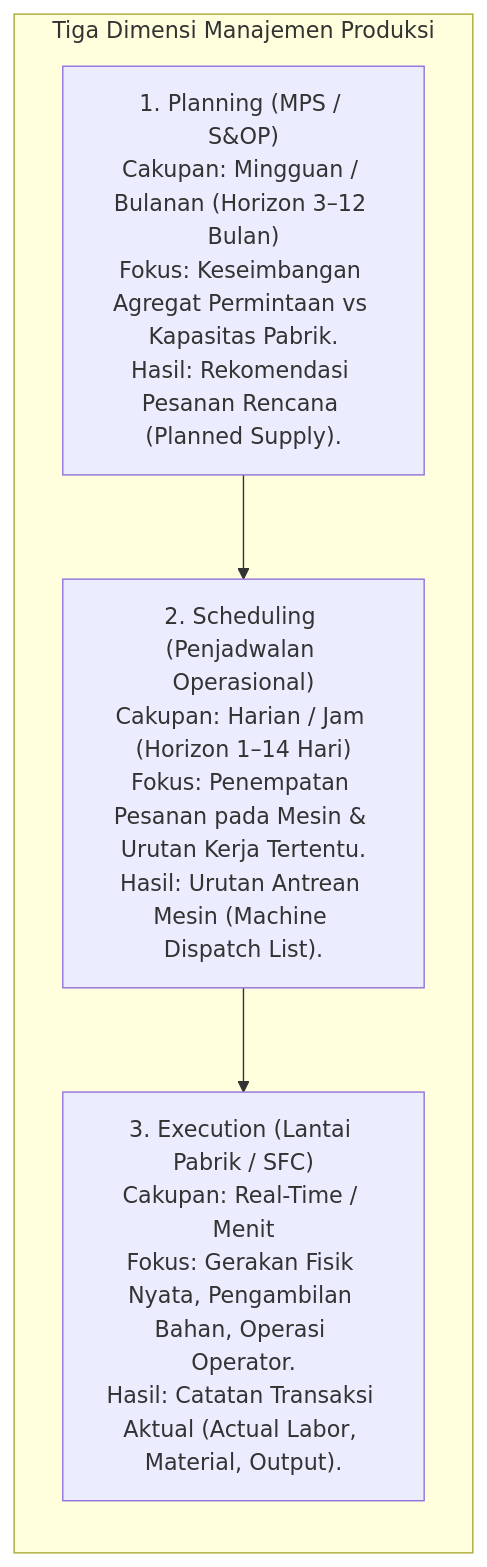
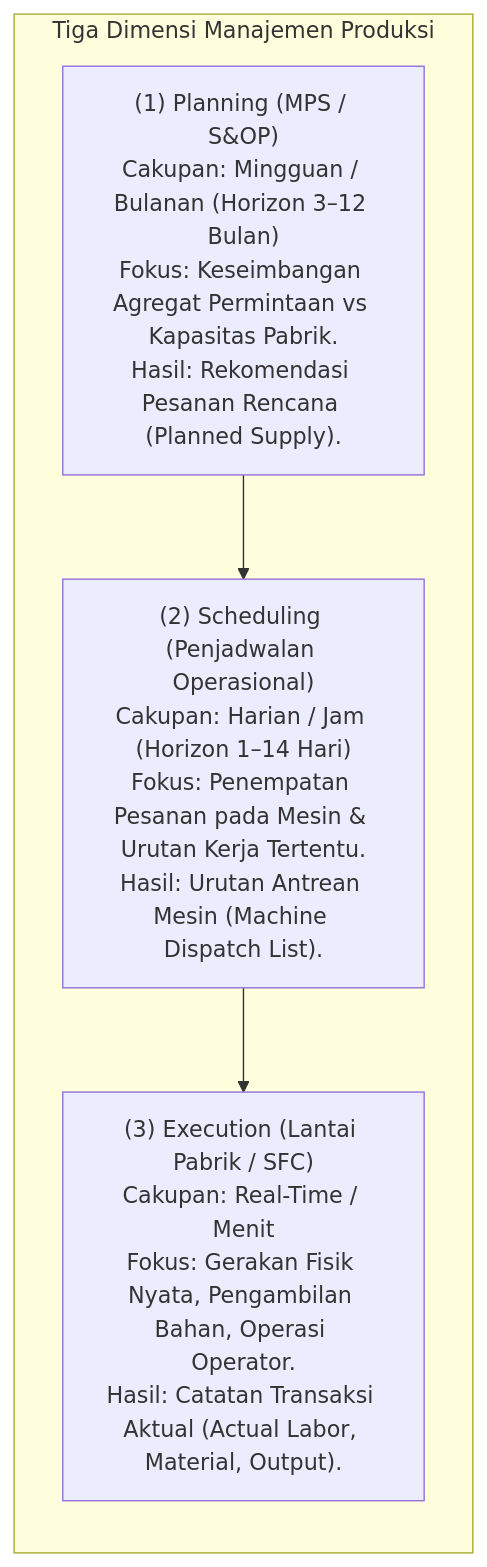
Before and after one commit to alimurrofid/erp-notes: the first of 3 diagrams in content/06-manufacturing/production-planning.md, drawn with Mermaid. The commit also changed other lines of this file and 132 other files, not shown here.

````diff
--- a/content/06-manufacturing/production-planning.md
+++ b/content/06-manufacturing/production-planning.md
@@ -26,8 +26,8 @@
 ```mermaid
 flowchart LR
     subgraph Levels["Tiga Dimensi Manajemen Produksi"]
-        P1["1. Planning (MPS / S&OP)<br/>Cakupan: Mingguan / Bulanan (Horizon 3–12 Bulan)<br/>Fokus: Keseimbangan Agregat Permintaan vs Kapasitas Pabrik.<br/>Hasil: Rekomendasi Pesanan Rencana (Planned Supply)."]
-        --> P2["2. Scheduling (Penjadwalan Operasional)<br/>Cakupan: Harian / Jam (Horizon 1–14 Hari)<br/>Fokus: Penempatan Pesanan pada Mesin & Urutan Kerja Tertentu.<br/>Hasil: Urutan Antrean Mesin (Machine Dispatch List)."]
-        --> P3["3. Execution (Lantai Pabrik / SFC)<br/>Cakupan: Real-Time / Menit<br/>Fokus: Gerakan Fisik Nyata, Pengambilan Bahan, Operasi Operator.<br/>Hasil: Catatan Transaksi Aktual (Actual Labor, Material, Output)."]
+        P1["(1) Planning (MPS / S&OP)<br/>Cakupan: Mingguan / Bulanan (Horizon 3–12 Bulan)<br/>Fokus: Keseimbangan Agregat Permintaan vs Kapasitas Pabrik.<br/>Hasil: Rekomendasi Pesanan Rencana (Planned Supply)."]
+        --> P2["(2) Scheduling (Penjadwalan Operasional)<br/>Cakupan: Harian / Jam (Horizon 1–14 Hari)<br/>Fokus: Penempatan Pesanan pada Mesin & Urutan Kerja Tertentu.<br/>Hasil: Urutan Antrean Mesin (Machine Dispatch List)."]
+        --> P3["(3) Execution (Lantai Pabrik / SFC)<br/>Cakupan: Real-Time / Menit<br/>Fokus: Gerakan Fisik Nyata, Pengambilan Bahan, Operasi Operator.<br/>Hasil: Catatan Transaksi Aktual (Actual Labor, Material, Output)."]
     end
 ```
````
